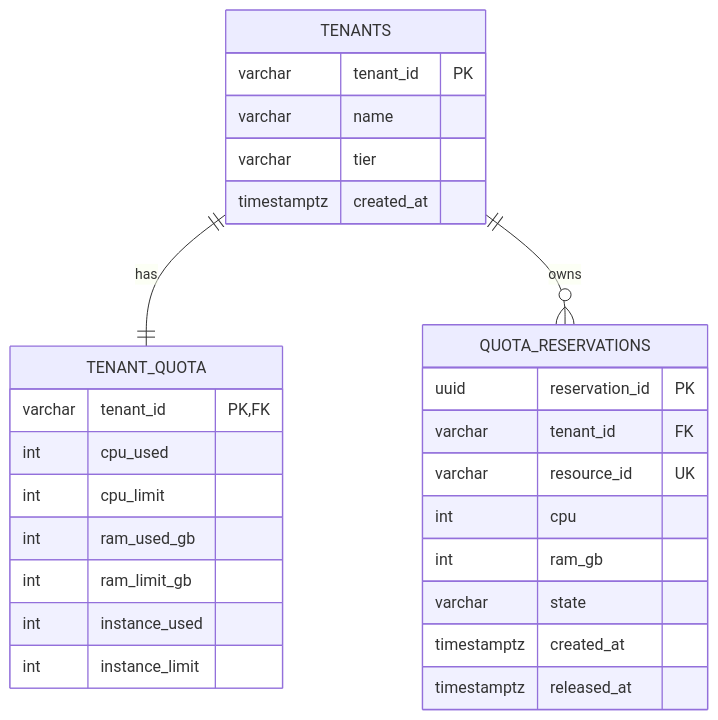
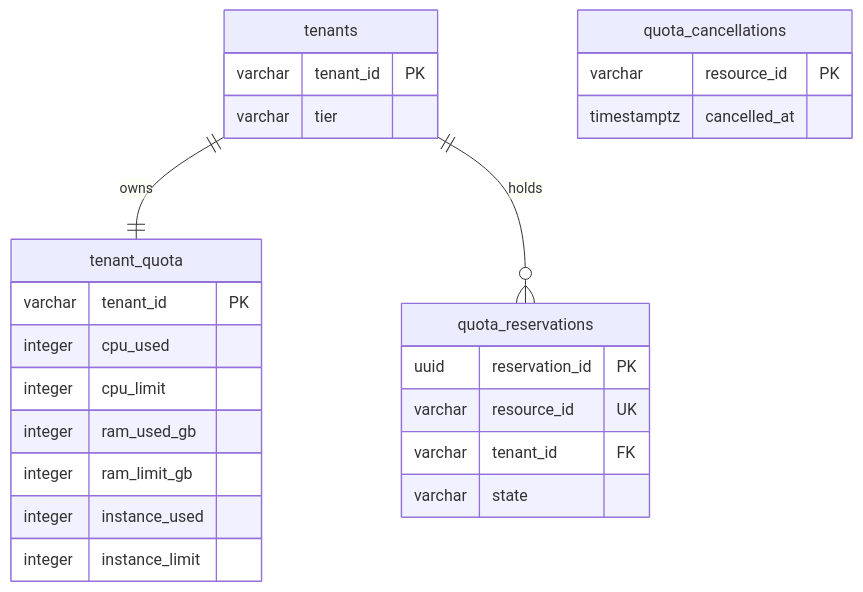
Before and after one commit to prajwalbhat39/microservice-cloud-resource-manager: the fourth of 8 diagrams in PROJECT_REPORT.md, drawn with Mermaid. The commit also changed other lines of this file and 60 other files, not shown here.

````diff
--- a/PROJECT_REPORT.md
+++ b/PROJECT_REPORT.md
@@ -336,30 +141,28 @@
 ```mermaid
 erDiagram
-    TENANTS ||--|| TENANT_QUOTA : has
-    TENANTS ||--o{ QUOTA_RESERVATIONS : owns
-    TENANTS {
+    tenants ||--|| tenant_quota : owns
+    tenants ||--o{ quota_reservations : holds
+    tenants {
         varchar tenant_id PK
-        varchar name
         varchar tier
-        timestamptz created_at
     }
-    TENANT_QUOTA {
-        varchar tenant_id PK,FK
-        int cpu_used
-        int cpu_limit
-        int ram_used_gb
-        int ram_limit_gb
-        int instance_used
-        int instance_limit
+    tenant_quota {
+        varchar tenant_id PK
+        integer cpu_used
+        integer cpu_limit
+        integer ram_used_gb
+        integer ram_limit_gb
+        integer instance_used
+        integer instance_limit
     }
-    QUOTA_RESERVATIONS {
+    quota_reservations {
         uuid reservation_id PK
+        varchar resource_id UK
         varchar tenant_id FK
-        varchar resource_id UK
-        int cpu
-        int ram_gb
         varchar state
-        timestamptz created_at
-        timestamptz released_at
+    }
+    quota_cancellations {
+        varchar resource_id PK
+        timestamptz cancelled_at
     }
 ```
````
